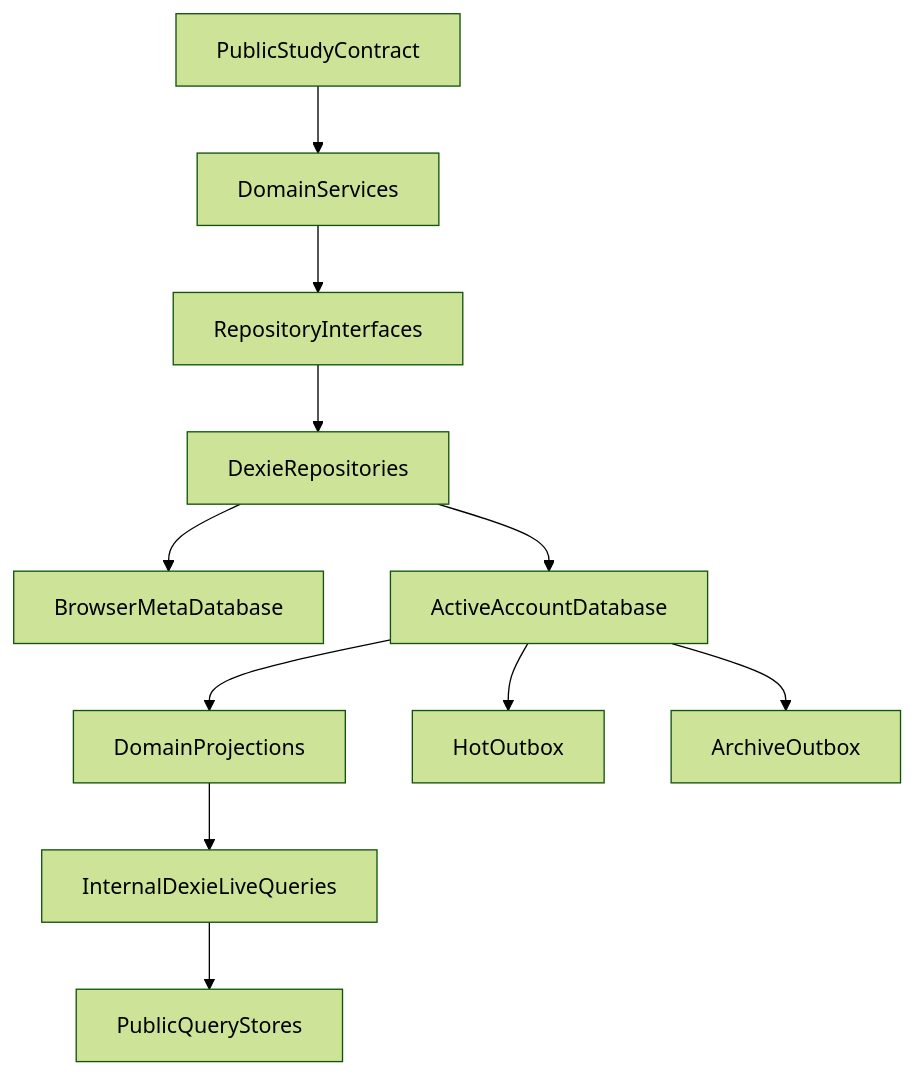
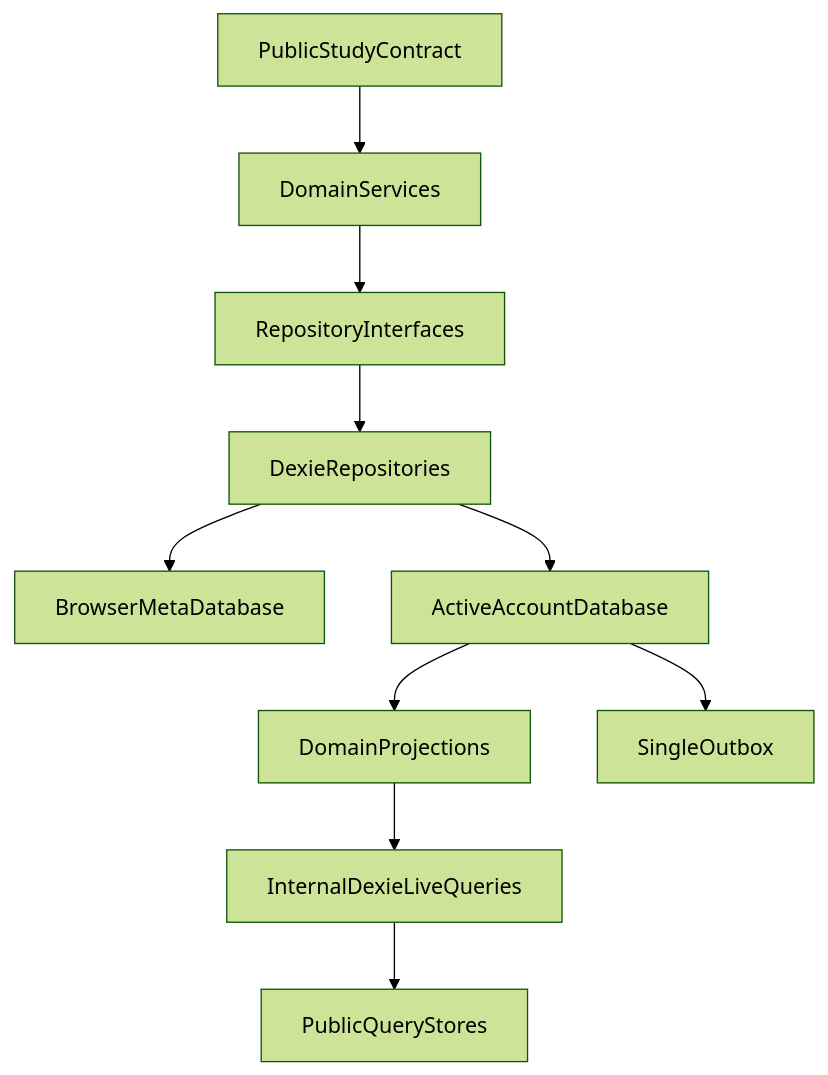
Before and after one commit to PikaPikaGems/kanji-heatmap: the first of 5 diagrams in docs/notes/STUDY-ENGINE-BRAINSTORM/STUDY-ENGINE-DESIGN/LOCAL-DATA-AND-DOMAINS.md, drawn with Mermaid (forest theme). The commit also changed other lines of this file and 8 other files, not shown here.

````diff
--- a/docs/notes/STUDY-ENGINE-BRAINSTORM/STUDY-ENGINE-DESIGN/LOCAL-DATA-AND-DOMAINS.md
+++ b/docs/notes/STUDY-ENGINE-BRAINSTORM/STUDY-ENGINE-DESIGN/LOCAL-DATA-AND-DOMAINS.md
@@ -23,13 +23,12 @@
 ```mermaid
 flowchart TB
     Contract[PublicStudyContract] --> Services[DomainServices]
     Services --> Repositories[RepositoryInterfaces]
     Repositories --> DexieAdapters[DexieRepositories]
     DexieAdapters --> MetaDB[BrowserMetaDatabase]
     DexieAdapters --> AccountDB[ActiveAccountDatabase]
     AccountDB --> Projections[DomainProjections]
-    AccountDB --> HotOutbox[HotOutbox]
-    AccountDB --> ArchiveOutbox[ArchiveOutbox]
+    AccountDB --> Outbox[SingleOutbox]
     Projections --> LiveQuery[InternalDexieLiveQueries]
     LiveQuery --> QueryStores[PublicQueryStores]
 ```
````
